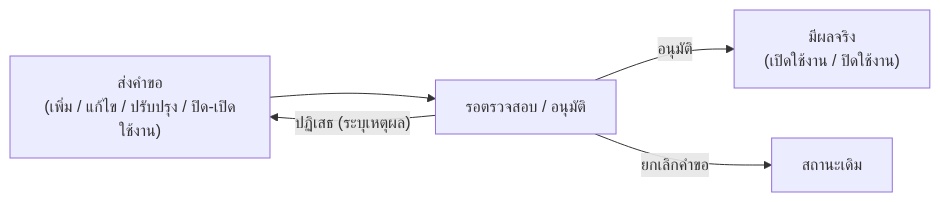
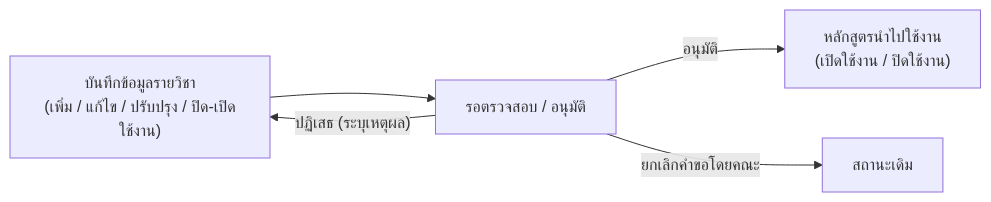
The diagram in subjects.md (kamolchanokc/cms-user-manaul), drawn with Mermaid before and after one commit. The commit also changed other lines of this file and 4 other files, not shown here.

````diff
--- a/subjects.md
+++ b/subjects.md
@@ -107,7 +107,7 @@
 ```mermaid
 flowchart LR
-    A["ส่งคำขอ<br/>(เพิ่ม / แก้ไข / ปรับปรุง / ปิด-เปิดใช้งาน)"] --> B["รอตรวจสอบ / อนุมัติ"]
-    B -->|"อนุมัติ"| C["มีผลจริง<br/>(เปิดใช้งาน / ปิดใช้งาน)"]
+    A["บันทึกข้อมูลรายวิชา<br/>(เพิ่ม / แก้ไข / ปรับปรุง / ปิด-เปิดใช้งาน)"] --> B["รอตรวจสอบ / อนุมัติ"]
+    B -->|"อนุมัติ"| C["หลักสูตรนำไปใช้งาน<br/>(เปิดใช้งาน / ปิดใช้งาน)"]
     B -->|"ปฏิเสธ (ระบุเหตุผล)"| A
-    B -->|"ยกเลิกคำขอ"| Z["สถานะเดิม"]
+    B -->|"ยกเลิกคำขอโดยคณะ"| Z["สถานะเดิม"]
 ```
````
